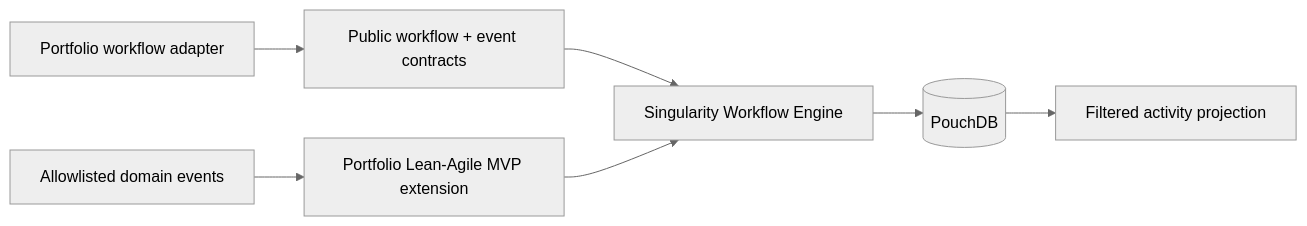
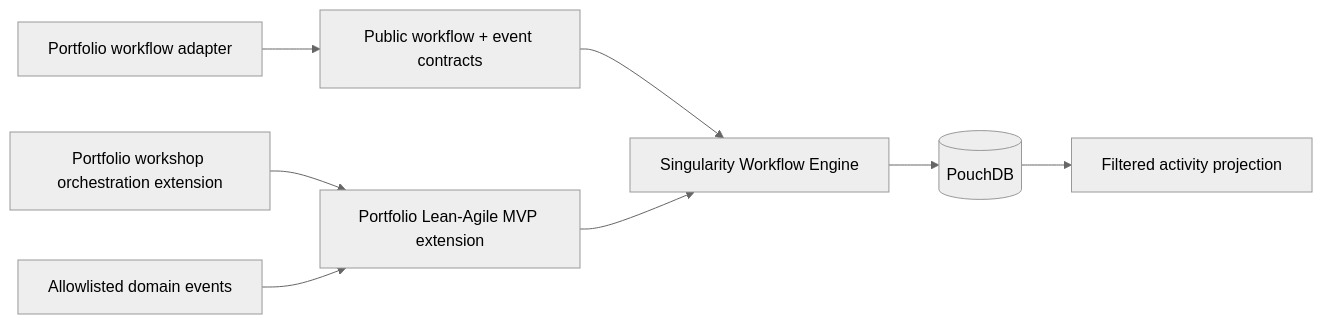
The diagram in docs/planning/features/workflow-engine-lean-agile-mvp-foundation.feature.md (dave-jackson-dev/portfolio), drawn with Mermaid (neutral theme) before and after one commit. The commit also changed other lines of this file and 1 other file, not shown here.

Commit message:
docs(workflow): plan workshop orchestration

````diff
--- a/docs/planning/features/workflow-engine-lean-agile-mvp-foundation.feature.md
+++ b/docs/planning/features/workflow-engine-lean-agile-mvp-foundation.feature.md
@@ -37,17 +39,19 @@
 ```mermaid
 flowchart LR
     Portfolio[Portfolio workflow adapter]
     Contract[Public workflow + event contracts]
     Engine[Singularity Workflow Engine]
     Extension[Portfolio Lean-Agile MVP extension]
+    Workshops[Portfolio workshop orchestration extension]
     Store[(PouchDB)]
     Events[Allowlisted domain events]
     Feed[Filtered activity projection]
 
     Portfolio --> Contract
     Contract --> Engine
     Extension --> Engine
+    Workshops --> Extension
     Events --> Extension
     Engine --> Store
     Store --> Feed
 ```
````
